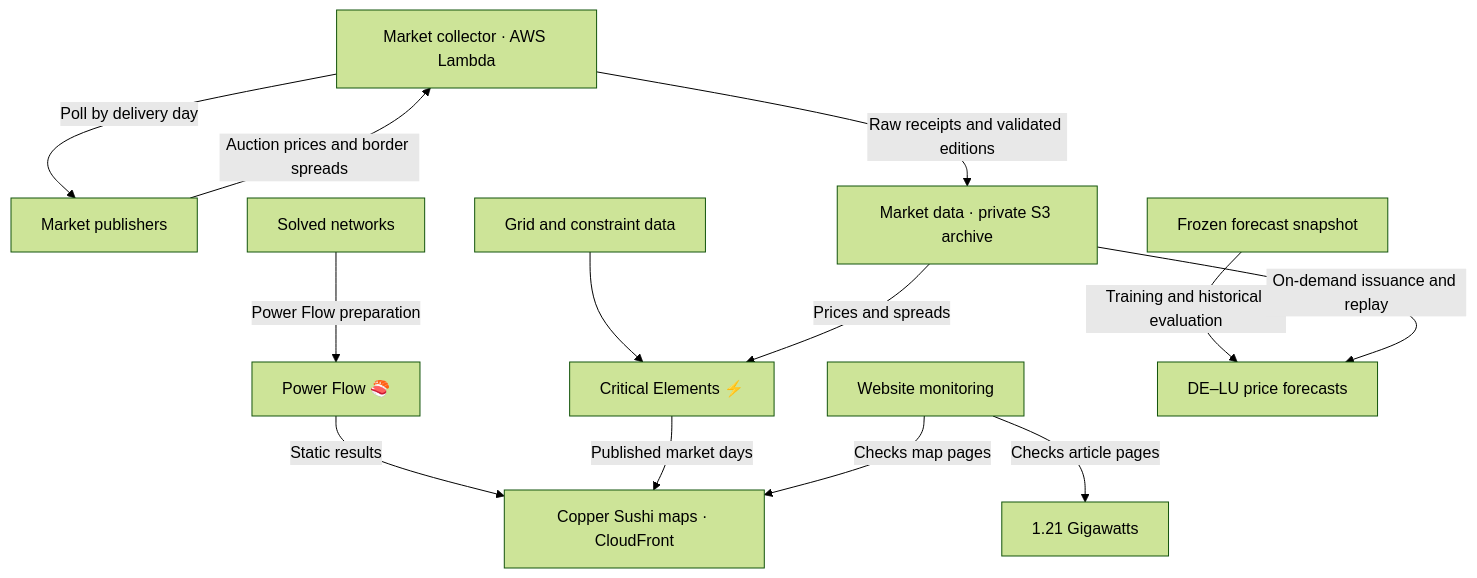
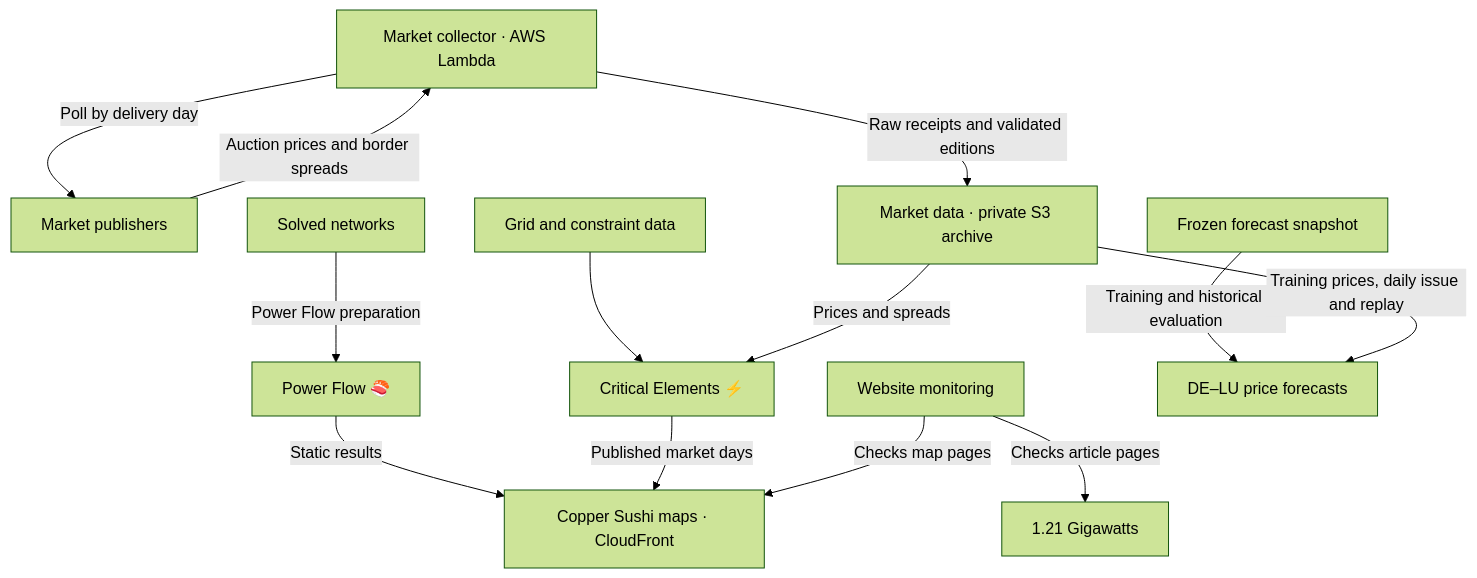
One commit to zoltanmaric/coppersushi changed the diagram in README.md. Above: the diagram before and after it, drawn with Mermaid (forest theme). The commit also changed 16 other files, not shown here.

````diff
--- a/README.md
+++ b/README.md
@@ -46,23 +46,23 @@
 ```mermaid
 flowchart TB
     collector["Market collector · AWS Lambda"] -->|Poll by delivery day| publishers["Market publishers"]
     publishers -->|Auction prices and border spreads| collector
     collector -->|Raw receipts and validated editions| shared["Market data · private S3 archive"]
     grid["Grid and constraint data"] --> critical["Critical Elements ⚡️"]
     networks["Solved networks"] -->|Power Flow preparation| power["Power Flow 🍣"]
     power -->|Static results| maps["Copper Sushi maps · CloudFront"]
     critical -->|Published market days| maps
     monitor["Website monitoring"] -->|Checks map pages| maps
     monitor -->|Checks article pages| blog["1.21 Gigawatts"]
     shared -->|Prices and spreads| critical
     snapshot["Frozen forecast snapshot"] -->|Training and historical evaluation| forecast["DE–LU price forecasts"]
-    shared -->|On-demand issuance and replay| forecast
+    shared -->|Training prices, daily issue and replay| forecast
     click shared "https://github.com/zoltanmaric/coppersushi/blob/main/coppersushi/pipelines/market_data/README.md"
     click critical "https://github.com/zoltanmaric/coppersushi/blob/main/coppersushi/pipelines/cnec/README.md"
     click power "https://github.com/zoltanmaric/coppersushi/blob/main/coppersushi/pipelines/powerflow/README.md"
     click monitor "https://github.com/zoltanmaric/coppersushi/blob/main/monitoring/README.md"
     click blog "https://github.com/zoltanmaric/coppersushi/blob/main/121gigawatts/hosting/README.md"
     click forecast "https://github.com/zoltanmaric/coppersushi/blob/main/forecasts/README.md"
     click snapshot "https://github.com/zoltanmaric/coppersushi/blob/main/forecasts/inputs/README.md"
     click maps "https://github.com/zoltanmaric/coppersushi/blob/main/coppersushi/frontend/README.md"
 ```
````
